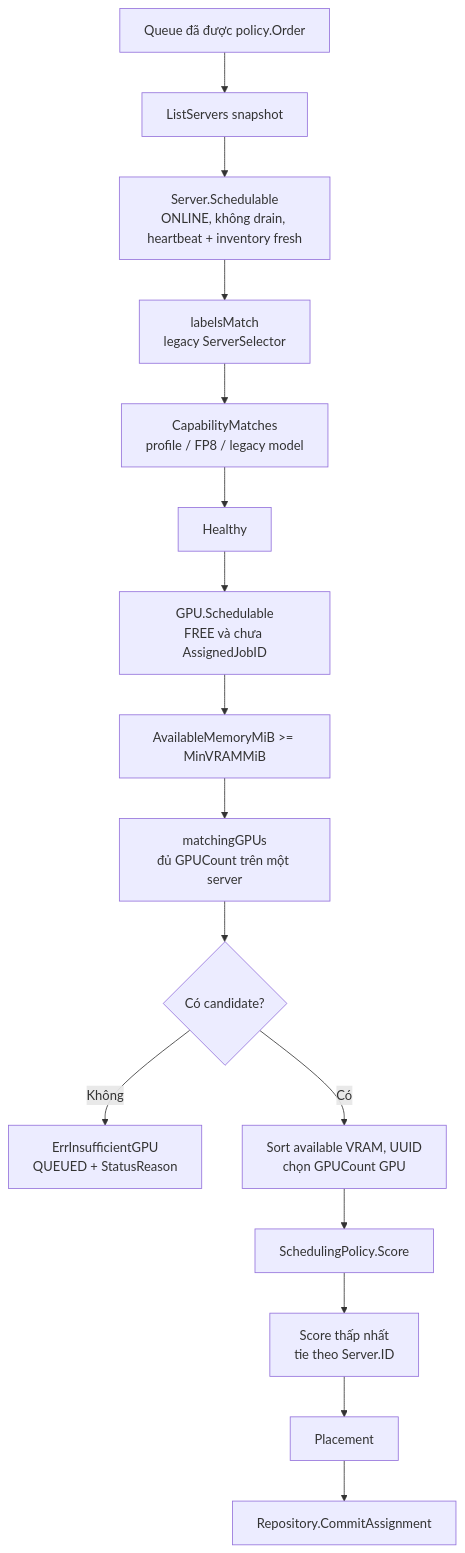
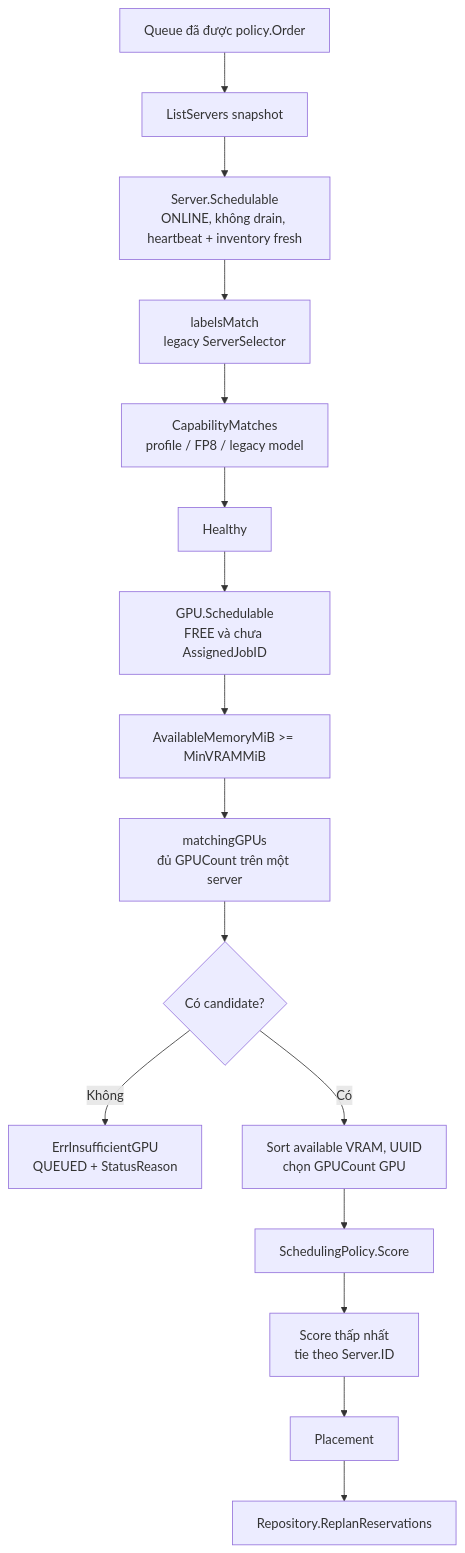
Before and after one commit to NgocDungK68/docker-gpu-server-platform: the eighth of 14 diagrams in docs/SYSTEM_DESIGN.md, drawn with Mermaid. The commit also changed other lines of this file and 33 other files, not shown here.

```diff
--- a/docs/SYSTEM_DESIGN.md
+++ b/docs/SYSTEM_DESIGN.md
@@ -293,18 +280,18 @@
 ~~~mermaid
 flowchart TD
     Q["Queue đã được policy.Order"] --> SNAP["ListServers snapshot"]
     SNAP --> SERVER["Server.Schedulable<br/>ONLINE, không drain, heartbeat + inventory fresh"]
     SERVER --> LABEL["labelsMatch<br/>legacy ServerSelector"]
     LABEL --> CAP["CapabilityMatches<br/>profile / FP8 / legacy model"]
     CAP --> HEALTH["Healthy"]
     HEALTH --> FREE["GPU.Schedulable<br/>FREE và chưa AssignedJobID"]
     FREE --> VRAM["AvailableMemoryMiB >= MinVRAMMiB"]
     VRAM --> COUNT["matchingGPUs<br/>đủ GPUCount trên một server"]
     COUNT --> HAS{"Có candidate?"}
     HAS -->|Không| WAIT["ErrInsufficientGPU<br/>QUEUED + StatusReason"]
     HAS -->|Có| GPU["Sort available VRAM, UUID<br/>chọn GPUCount GPU"]
     GPU --> SCORE["SchedulingPolicy.Score"]
     SCORE --> PICK["Score thấp nhất<br/>tie theo Server.ID"]
     PICK --> PROP["Placement"]
-    PROP --> RES["Repository.CommitAssignment"]
+    PROP --> RES["Repository.ReplanReservations"]
 ~~~
```
